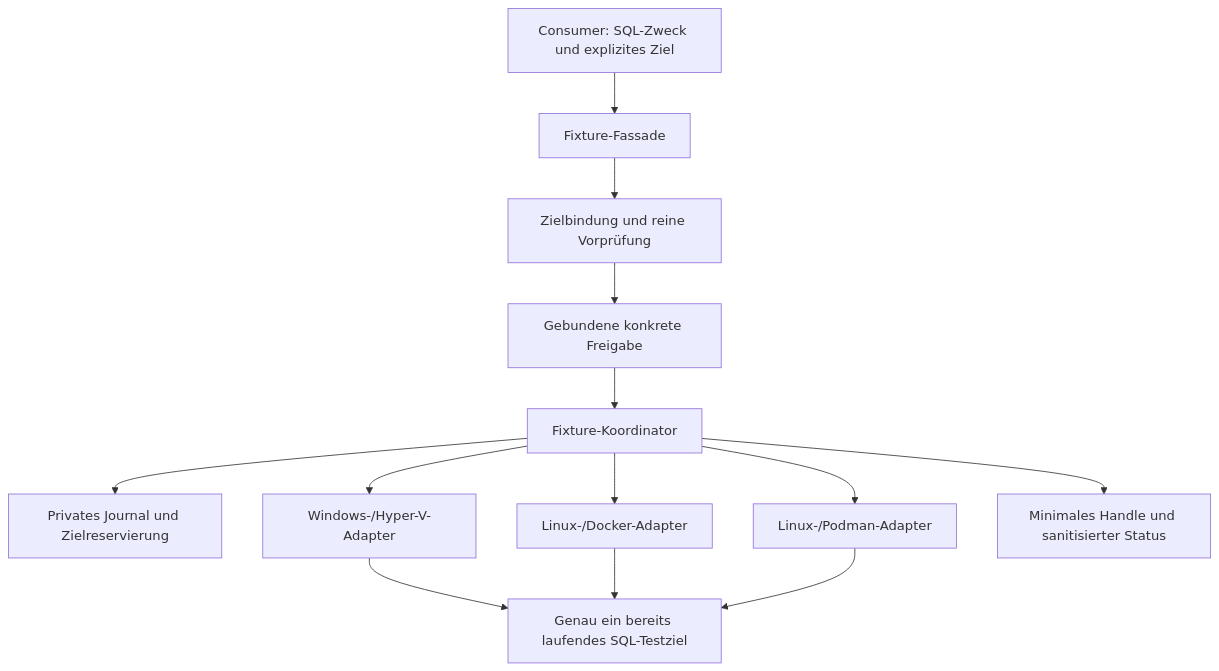
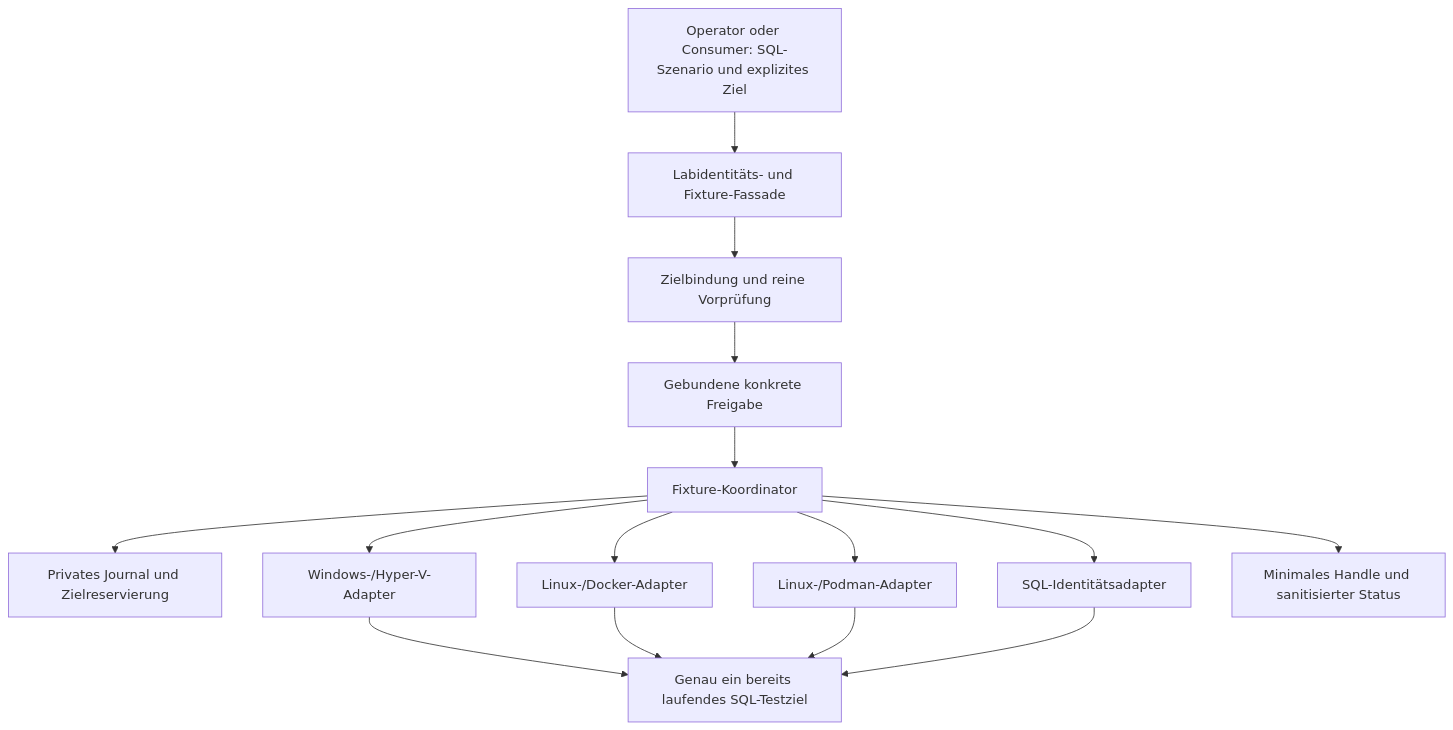
Before and after one commit to gecompat/SQL_Server_Lab: the diagram in Documentation/Project_Planning/FILESYSTEM_FIXTURE_ARCHITECTURE_DRAFT.md, drawn with Mermaid. The commit also changed other lines of this file and 3 other files, not shown here.

````diff
--- a/Documentation/Project_Planning/FILESYSTEM_FIXTURE_ARCHITECTURE_DRAFT.md
+++ b/Documentation/Project_Planning/FILESYSTEM_FIXTURE_ARCHITECTURE_DRAFT.md
@@ -64,15 +101,17 @@
 ```mermaid
 flowchart TD
-    C[Consumer: SQL-Zweck und explizites Ziel] --> F[Fixture-Fassade]
+    C[Operator oder Consumer: SQL-Szenario und explizites Ziel] --> F[Labidentitäts- und Fixture-Fassade]
     F --> B[Zielbindung und reine Vorprüfung]
     B --> A[Gebundene konkrete Freigabe]
     A --> O[Fixture-Koordinator]
     O --> J[Privates Journal und Zielreservierung]
     O --> W[Windows-/Hyper-V-Adapter]
     O --> D[Linux-/Docker-Adapter]
     O --> P[Linux-/Podman-Adapter]
+    O --> S[SQL-Identitätsadapter]
     W --> T[Genau ein bereits laufendes SQL-Testziel]
     D --> T
     P --> T
+    S --> T
     O --> R[Minimales Handle und sanitisierter Status]
 ```
````
